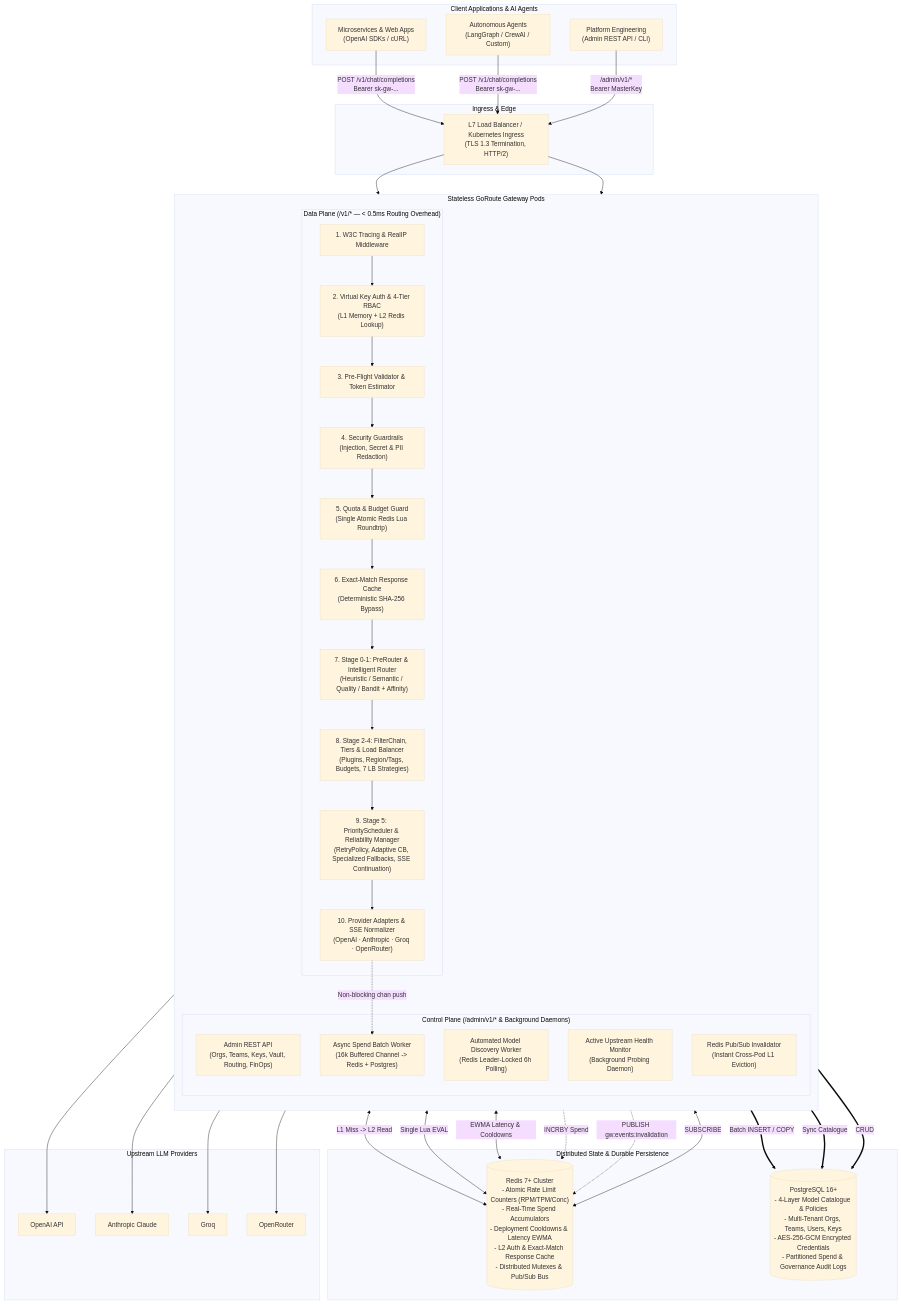
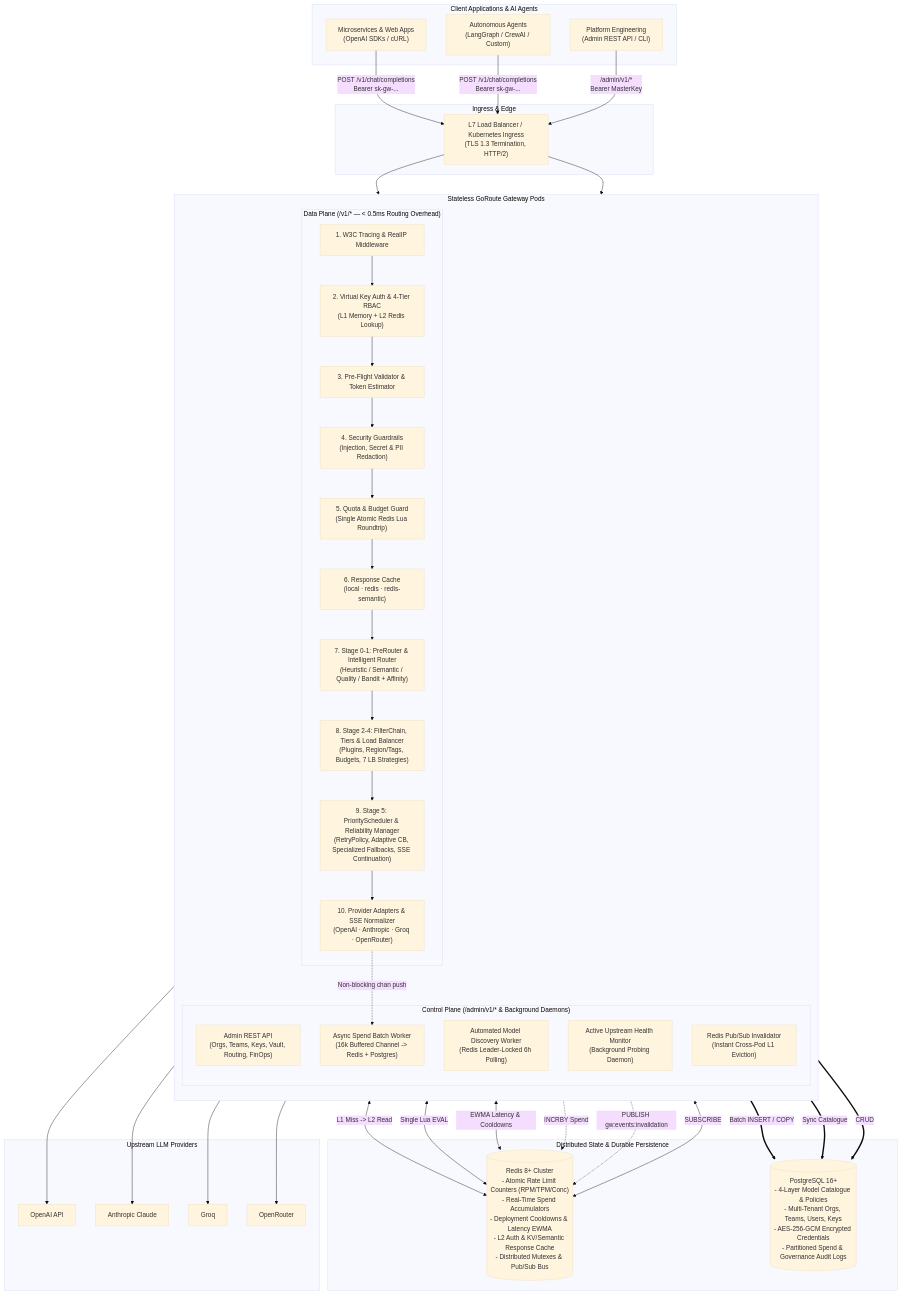
One commit to goroute-ai/ai-gateway-go changed the first of 6 diagrams in docs/INTERNALS.md. Above: the diagram before and after it, drawn with Mermaid (base theme). The commit also changed other lines of this file and 79 other files, not shown here.

Commit message:
feat(cache,ui): single-backend response caching (local/redis/redis-semantic), hardening & Operator UI wiring (#183)

````diff
--- a/docs/INTERNALS.md
+++ b/docs/INTERNALS.md
@@ -43,66 +43,66 @@
 ```mermaid
 flowchart TB
     subgraph Clients["Client Applications & AI Agents"]
         App1["Microservices & Web Apps\n(OpenAI SDKs / cURL)"]
         App2["Autonomous Agents\n(LangGraph / CrewAI / Custom)"]
         Admin["Platform Engineering\n(Admin REST API / CLI)"]
     end
 
     subgraph Edge["Ingress & Edge"]
         LB["L7 Load Balancer / Kubernetes Ingress\n(TLS 1.3 Termination, HTTP/2)"]
     end
 
     subgraph Cluster["Stateless GoRoute Gateway Pods"]
         direction TB
         subgraph DataPlane["Data Plane (/v1/* — < 0.5ms Routing Overhead)"]
             TraceMW["1. W3C Tracing & RealIP Middleware"]
             AuthMW["2. Virtual Key Auth & 4-Tier RBAC\n(L1 Memory + L2 Redis Lookup)"]
             ValidMW["3. Pre-Flight Validator & Token Estimator"]
             GuardMW["4. Security Guardrails\n(Injection, Secret & PII Redaction)"]
             RateMW["5. Quota & Budget Guard\n(Single Atomic Redis Lua Roundtrip)"]
-            CacheMW["6. Exact-Match Response Cache\n(Deterministic SHA-256 Bypass)"]
+            CacheMW["6. Response Cache\n(local · redis · redis-semantic)"]
             Stage1["7. Stage 0-1: PreRouter & Intelligent Router\n(Heuristic / Semantic / Quality / Bandit + Affinity)"]
             Stage2["8. Stage 2-4: FilterChain, Tiers & Load Balancer\n(Plugins, Region/Tags, Budgets, 7 LB Strategies)"]
             RelMgr["9. Stage 5: PriorityScheduler & Reliability Manager\n(RetryPolicy, Adaptive CB, Specialized Fallbacks, SSE Continuation)"]
             Adapters["10. Provider Adapters & SSE Normalizer\n(OpenAI · Anthropic · Groq · OpenRouter)"]
         end
 
         subgraph ControlPlane["Control Plane (/admin/v1/* & Background Daemons)"]
             AdminAPI["Admin REST API\n(Orgs, Teams, Keys, Vault, Routing, FinOps)"]
             DiscoveryWorker["Automated Model Discovery Worker\n(Redis Leader-Locked 6h Polling)"]
             HealthMon["Active Upstream Health Monitor\n(Background Probing Daemon)"]
             SpendWorker["Async Spend Batch Worker\n(16k Buffered Channel -> Redis + Postgres)"]
             PubSub["Redis Pub/Sub Invalidator\n(Instant Cross-Pod L1 Eviction)"]
         end
     end
 
     subgraph BackingStores["Distributed State & Durable Persistence"]
-        Redis[("Redis 7+ Cluster\n- Atomic Rate Limit Counters (RPM/TPM/Conc)\n- Real-Time Spend Accumulators\n- Deployment Cooldowns & Latency EWMA\n- L2 Auth & Exact-Match Response Cache\n- Distributed Mutexes & Pub/Sub Bus")]
+        Redis[("Redis 8+ Cluster\n- Atomic Rate Limit Counters (RPM/TPM/Conc)\n- Real-Time Spend Accumulators\n- Deployment Cooldowns & Latency EWMA\n- L2 Auth & KV/Semantic Response Cache\n- Distributed Mutexes & Pub/Sub Bus")]
         Postgres[("PostgreSQL 16+\n- 4-Layer Model Catalogue & Policies\n- Multi-Tenant Orgs, Teams, Users, Keys\n- AES-256-GCM Encrypted Credentials\n- Partitioned Spend & Governance Audit Logs")]
     end
 
     subgraph Upstreams["Upstream LLM Providers"]
         OpenAI["OpenAI API"]
         Anthropic["Anthropic Claude"]
         Groq["Groq"]
         OpenRouter["OpenRouter"]
     end
 
     App1 & App2 -->|"POST /v1/chat/completions\nBearer sk-gw-..."| LB
     Admin -->|"/admin/v1/*\nBearer MasterKey"| LB
     LB --> TraceMW --> AuthMW --> ValidMW --> GuardMW --> RateMW --> CacheMW --> Stage1 --> Stage2 --> RelMgr --> Adapters
     LB --> AdminAPI
 
     AuthMW <-->|"L1 Miss -> L2 Read"| Redis
     RateMW <-->|"Single Lua EVAL"| Redis
     Stage2 <-->|"EWMA Latency & Cooldowns"| Redis
     Adapters -.->|"Non-blocking chan push"| SpendWorker
     SpendWorker ==>|"Batch INSERT / COPY"| Postgres
     SpendWorker -.->|"INCRBY Spend"| Redis
     DiscoveryWorker ==>|"Sync Catalogue"| Postgres
     AdminAPI ==>|"CRUD"| Postgres
     AdminAPI -.->|"PUBLISH gw:events:invalidation"| Redis
     PubSub <-->|"SUBSCRIBE"| Redis
 
     Adapters --> OpenAI & Anthropic & Groq & OpenRouter
 ```
````
